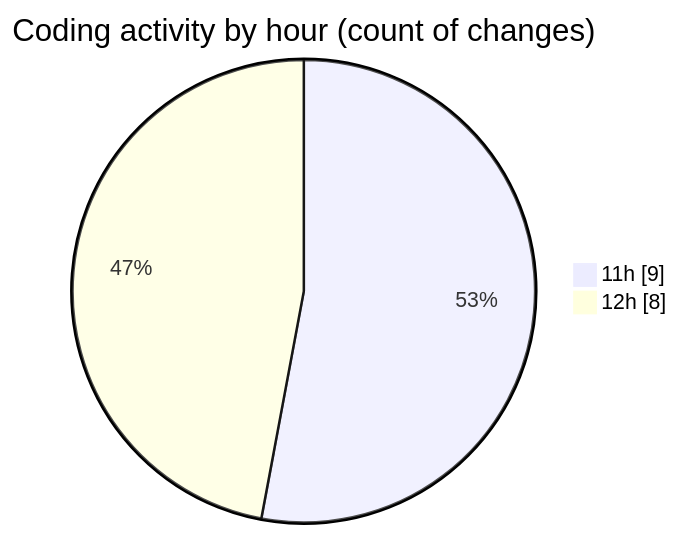
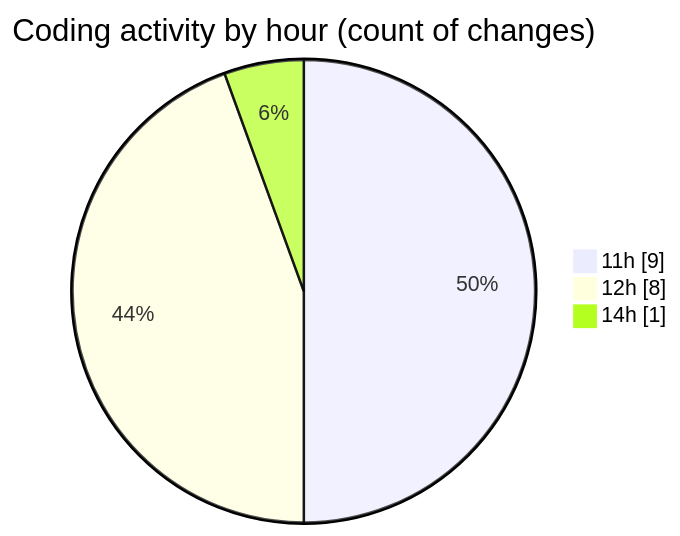
Before and after one commit to debugP/code-tracking: the second of 2 diagrams in 2026-07-09/wp-content/README.md, drawn with Mermaid. The commit also changed other lines of this file and 1 other file, not shown here.

````diff
--- a/2026-07-09/wp-content/README.md
+++ b/2026-07-09/wp-content/README.md
@@ -32,6 +32,7 @@
 ```mermaid
 pie showData
 title Coding activity by hour (count of changes)
 "11h" : 9
 "12h" : 8
+"14h" : 1
 ```
````
